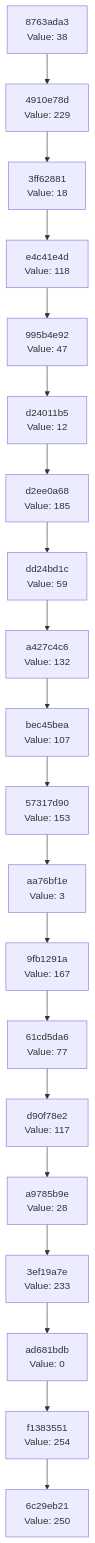
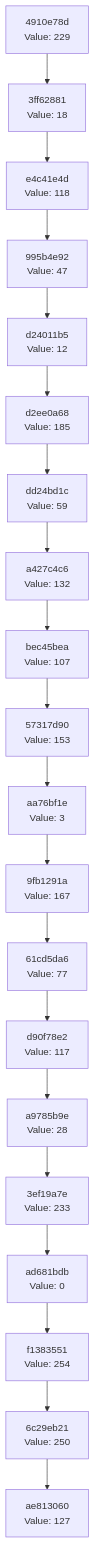
One commit to Abhisheksinha1506/hash-chain-evolver changed the diagram in docs/CHAIN_VISUALIZATION.md. Above: the diagram before and after it, drawn with Mermaid. The commit also changed 2 other files, not shown here.

Commit message:
Evolution Step

````diff
--- a/docs/CHAIN_VISUALIZATION.md
+++ b/docs/CHAIN_VISUALIZATION.md
@@ -3,42 +3,42 @@
 ```mermaid
 graph TD
-    C0["6c29eb21<br/>Value: 250"]
-    C1["f1383551<br/>Value: 254"]
+    C0["ae813060<br/>Value: 127"]
+    C1["6c29eb21<br/>Value: 250"]
     C1 --> C0
-    C2["ad681bdb<br/>Value: 0"]
+    C2["f1383551<br/>Value: 254"]
     C2 --> C1
-    C3["3ef19a7e<br/>Value: 233"]
+    C3["ad681bdb<br/>Value: 0"]
     C3 --> C2
-    C4["a9785b9e<br/>Value: 28"]
+    C4["3ef19a7e<br/>Value: 233"]
     C4 --> C3
-    C5["d90f78e2<br/>Value: 117"]
+    C5["a9785b9e<br/>Value: 28"]
     C5 --> C4
-    C6["61cd5da6<br/>Value: 77"]
+    C6["d90f78e2<br/>Value: 117"]
     C6 --> C5
-    C7["9fb1291a<br/>Value: 167"]
+    C7["61cd5da6<br/>Value: 77"]
     C7 --> C6
-    C8["aa76bf1e<br/>Value: 3"]
+    C8["9fb1291a<br/>Value: 167"]
     C8 --> C7
-    C9["57317d90<br/>Value: 153"]
+    C9["aa76bf1e<br/>Value: 3"]
     C9 --> C8
-    C10["bec45bea<br/>Value: 107"]
+    C10["57317d90<br/>Value: 153"]
     C10 --> C9
-    C11["a427c4c6<br/>Value: 132"]
+    C11["bec45bea<br/>Value: 107"]
     C11 --> C10
-    C12["dd24bd1c<br/>Value: 59"]
+    C12["a427c4c6<br/>Value: 132"]
     C12 --> C11
-    C13["d2ee0a68<br/>Value: 185"]
+    C13["dd24bd1c<br/>Value: 59"]
     C13 --> C12
-    C14["d24011b5<br/>Value: 12"]
+    C14["d2ee0a68<br/>Value: 185"]
     C14 --> C13
-    C15["995b4e92<br/>Value: 47"]
+    C15["d24011b5<br/>Value: 12"]
     C15 --> C14
-    C16["e4c41e4d<br/>Value: 118"]
+    C16["995b4e92<br/>Value: 47"]
     C16 --> C15
-    C17["3ff62881<br/>Value: 18"]
+    C17["e4c41e4d<br/>Value: 118"]
     C17 --> C16
-    C18["4910e78d<br/>Value: 229"]
+    C18["3ff62881<br/>Value: 18"]
     C18 --> C17
-    C19["8763ada3<br/>Value: 38"]
+    C19["4910e78d<br/>Value: 229"]
     C19 --> C18
 ```
````
